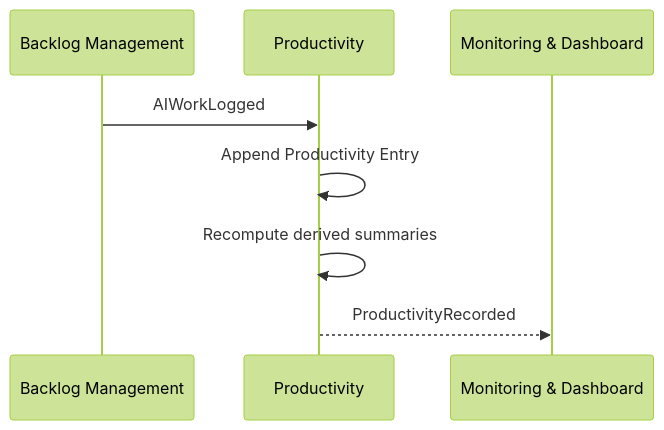
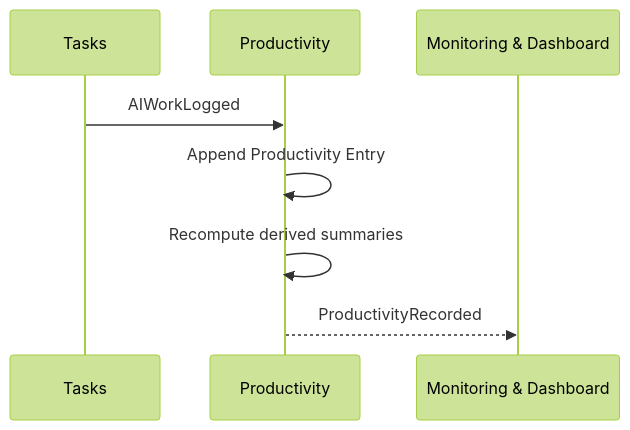
Before and after one commit to JSdotNet/Backlog: the diagram in .domain/productivity/flow.md, drawn with Mermaid (forest theme). The commit also changed other lines of this file and 364 other files, not shown here.

````diff
--- a/.domain/productivity/flow.md
+++ b/.domain/productivity/flow.md
@@ -13,11 +13,11 @@
 ```mermaid
 sequenceDiagram
-    participant Backlog as Backlog Management
+    participant Tasks as Tasks
     participant Productivity as Productivity
     participant Monitor as Monitoring & Dashboard
 
-    Backlog->>Productivity: AIWorkLogged
+    Tasks->>Productivity: AIWorkLogged
     Productivity->>Productivity: Append Productivity Entry
     Productivity->>Productivity: Recompute derived summaries
     Productivity-->>Monitor: ProductivityRecorded
 ```
````
